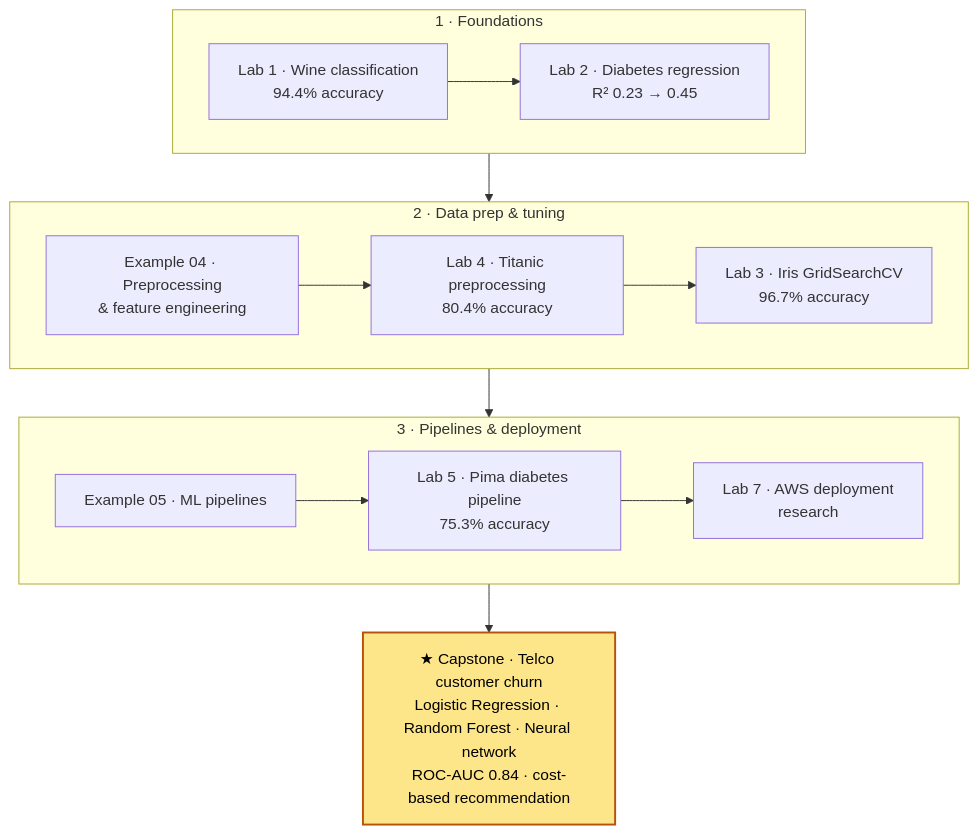
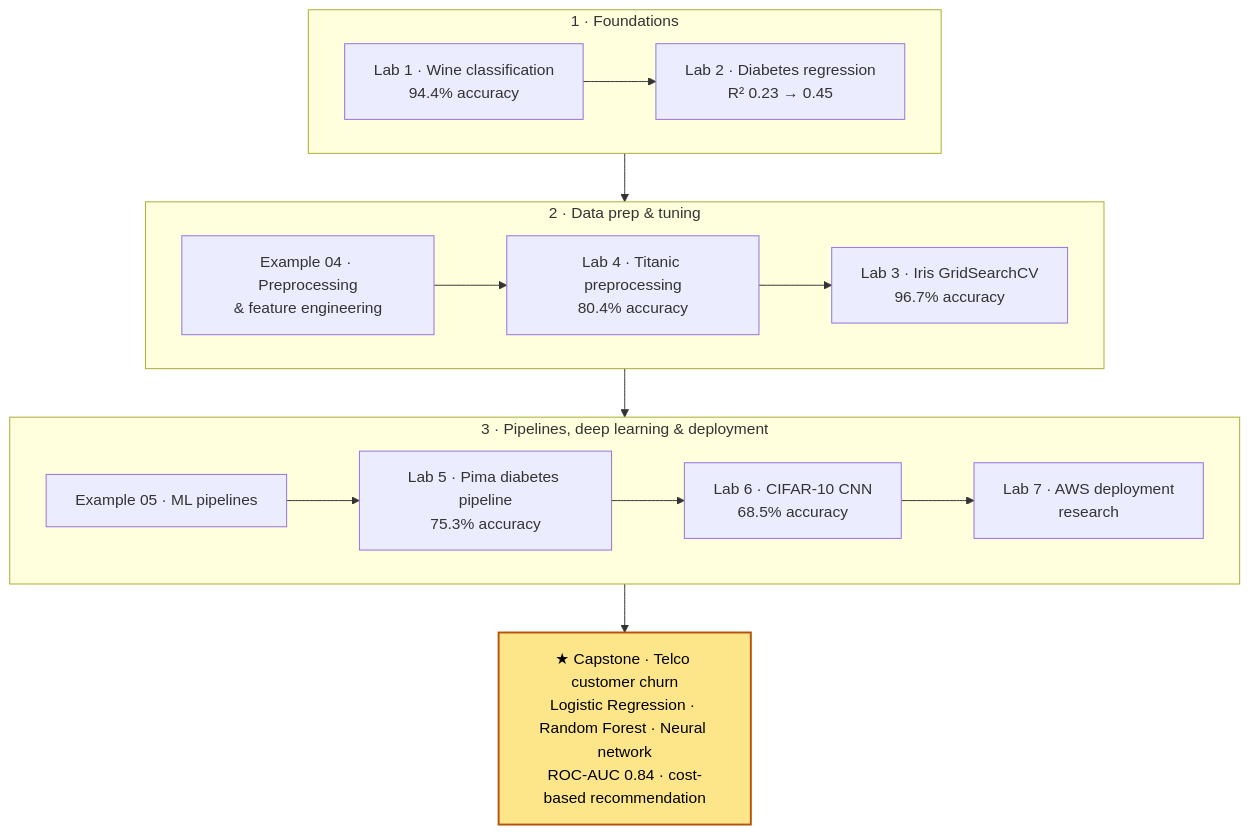
The diagram in README.md (hossain8078/Machine-Learning-and-Deep-Learning), drawn with Mermaid before and after one commit. The commit also changed other lines of this file and 1 other file, not shown here.

Commit message:
Add Lab 6 CIFAR-10 CNN and update README

````diff
--- a/README.md
+++ b/README.md
@@ -12,29 +12,30 @@
 ```mermaid
 flowchart TB
     subgraph F["1 · Foundations"]
         direction LR
         L1["Lab 1 · Wine classification<br/>94.4% accuracy"]
         L2["Lab 2 · Diabetes regression<br/>R² 0.23 → 0.45"]
         L1 --> L2
     end
     subgraph P["2 · Data prep & tuning"]
         direction LR
         E4["Example 04 · Preprocessing<br/>& feature engineering"]
         L4["Lab 4 · Titanic preprocessing<br/>80.4% accuracy"]
         L3["Lab 3 · Iris GridSearchCV<br/>96.7% accuracy"]
         E4 --> L4 --> L3
     end
-    subgraph PL["3 · Pipelines & deployment"]
+    subgraph PL["3 · Pipelines, deep learning & deployment"]
         direction LR
         E5["Example 05 · ML pipelines"]
         L5["Lab 5 · Pima diabetes pipeline<br/>75.3% accuracy"]
+        L6["Lab 6 · CIFAR-10 CNN<br/>68.5% accuracy"]
         L7["Lab 7 · AWS deployment<br/>research"]
-        E5 --> L5 --> L7
+        E5 --> L5 --> L6 --> L7
     end
     C["★ Capstone · Telco customer churn<br/>Logistic Regression · Random Forest · Neural network<br/>ROC-AUC 0.84 · cost-based recommendation"]
 
     F --> P --> PL --> C
 
     classDef cap fill:#fde68a,stroke:#b45309,stroke-width:2px,color:#000;
     class C cap;
 ```
````
